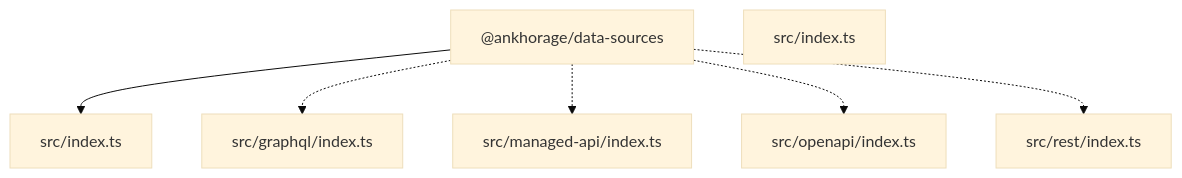
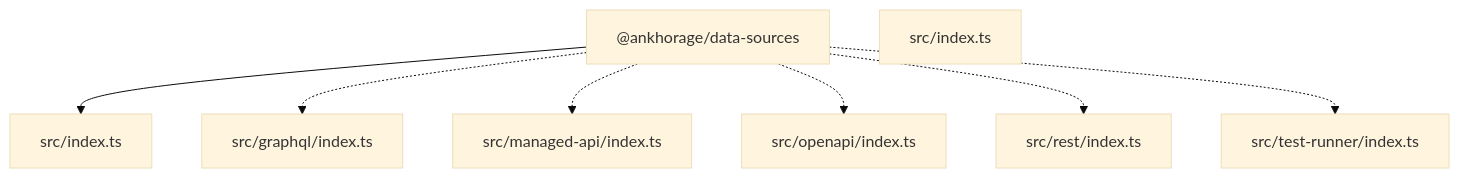
One commit to ankhorage/data-sources changed the diagram in README.md. Above: the diagram before and after it, drawn with Mermaid (base theme). The commit also changed other lines of this file and 10 other files, not shown here.

````diff
--- a/README.md
+++ b/README.md
@@ -32,15 +32,17 @@
 ```mermaid
 graph TD
   package__ankhorage_data_sources["@ankhorage/data-sources"]
   entrypoint_src_index_ts["src/index.ts"]
   package__ankhorage_data_sources --> entrypoint_src_index_ts
   module_src_graphql_index_ts["src/graphql/index.ts"]
   package__ankhorage_data_sources -.-> module_src_graphql_index_ts
   module_src_index_ts["src/index.ts"]
   module_src_managed_api_index_ts["src/managed-api/index.ts"]
   package__ankhorage_data_sources -.-> module_src_managed_api_index_ts
   module_src_openapi_index_ts["src/openapi/index.ts"]
   package__ankhorage_data_sources -.-> module_src_openapi_index_ts
   module_src_rest_index_ts["src/rest/index.ts"]
   package__ankhorage_data_sources -.-> module_src_rest_index_ts
+  module_src_test_runner_index_ts["src/test-runner/index.ts"]
+  package__ankhorage_data_sources -.-> module_src_test_runner_index_ts
 ```
````
